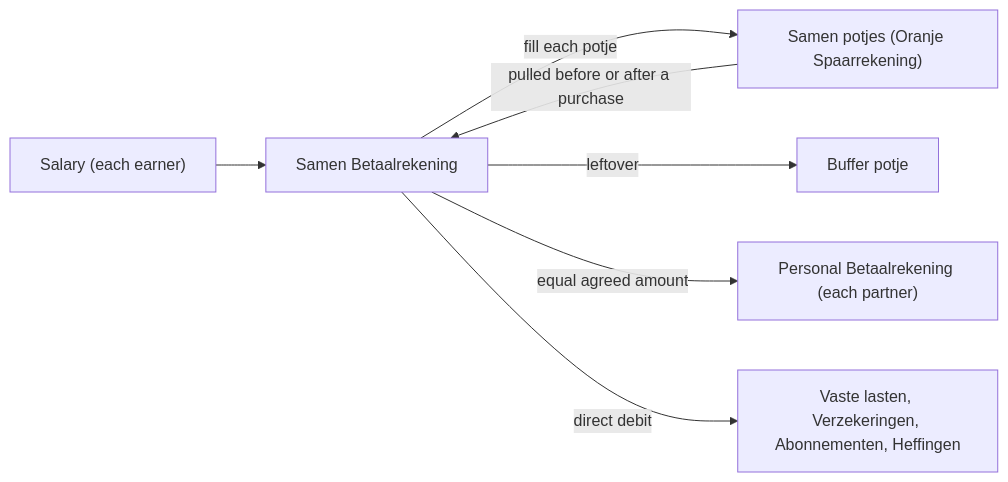
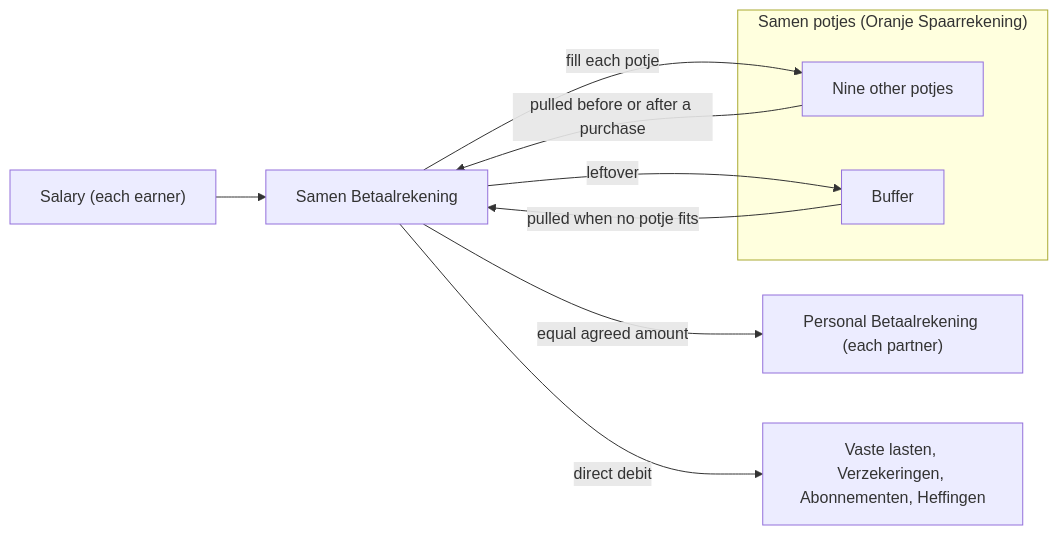
Before and after one commit to eirvandelden/journal_administration: the diagram in docs/household-finances.md, drawn with Mermaid.

Commit message:
docs: draw Buffer inside the Samen potjes in the flowchart

````diff
--- a/docs/household-finances.md
+++ b/docs/household-finances.md
@@ -5,9 +5,14 @@
 ```mermaid
 flowchart LR
   Salary["Salary (each earner)"] --> Samen["Samen Betaalrekening"]
-  Samen -->|fill each potje| Potjes["Samen potjes (Oranje Spaarrekening)"]
-  Samen -->|leftover| Buffer["Buffer potje"]
+  subgraph Potjes["Samen potjes (Oranje Spaarrekening)"]
+    Others["Nine other potjes"]
+    Buffer["Buffer"]
+  end
+  Samen -->|fill each potje| Others
+  Samen -->|leftover| Buffer
   Samen -->|equal agreed amount| Personal["Personal Betaalrekening (each partner)"]
   Samen -->|direct debit| Fixed["Vaste lasten, Verzekeringen, Abonnementen, Heffingen"]
-  Potjes -->|pulled before or after a purchase| Samen
+  Others -->|pulled before or after a purchase| Samen
+  Buffer -->|pulled when no potje fits| Samen
 ```
````
